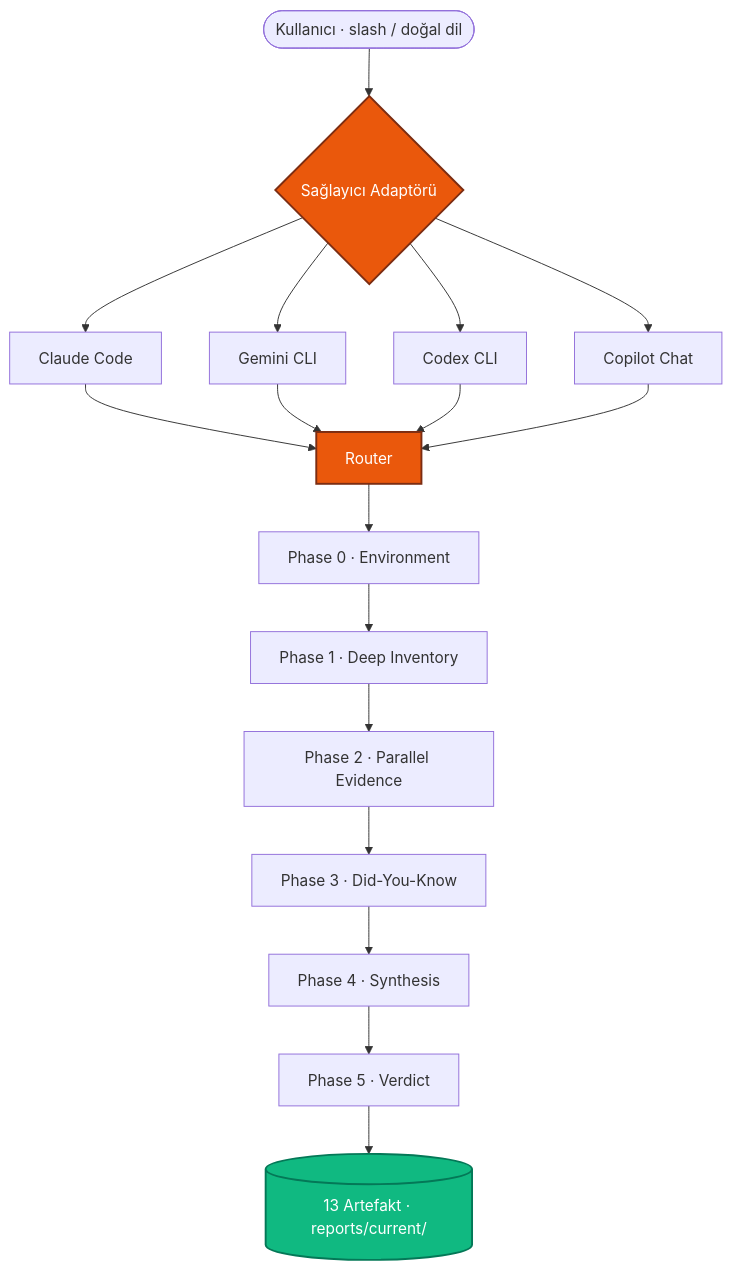
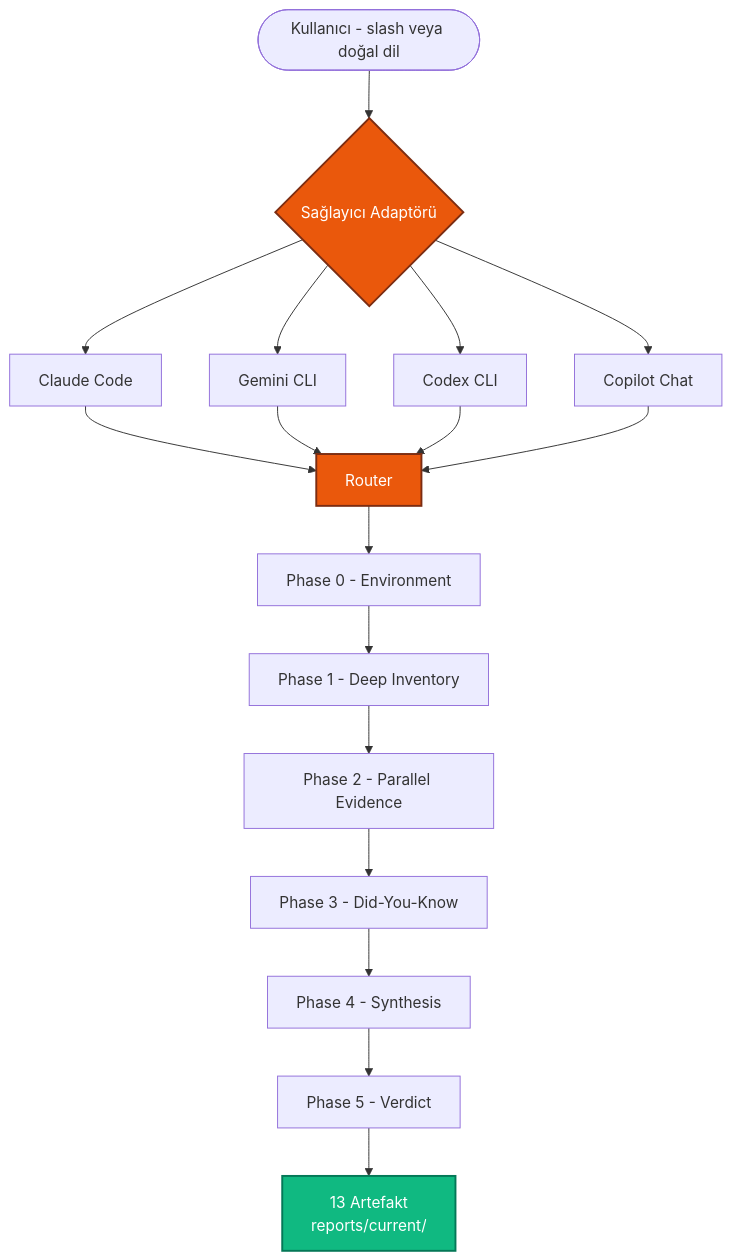
One commit to osrt91/ulak-os changed the diagram in README.md. Above: the diagram before and after it, drawn with Mermaid. The commit also changed other lines of this file and 1 other file, not shown here.

Commit message:
fix(readme): mermaid render bug + TR hardcore residues (#24)
**Mermaid fix (critical — diagram was broken on GitHub):**
User screenshot showed "Unable to render rich display — Cannot read properties of undefined (reading 'render')" on github.com. The TD flowchart crashed GitHub's renderer. Root cause was a combination of:
- `V --> CC[...] & GM[...] & CX[...] & CP[...]` batch edge syntax
- Stadium shape `A[(label)]` containing both `(` and `/`
- Unicode middle-dot `·` inside node labels

Fix:
- Replaced batch `&` edges with explicit one-edge-per-line (8 extra edges, same graph)
- Changed stadium `A[(...)]` → rectangle `A[...]`
- Replaced `·` separator in labels with `-` or `<br/>`
- Labels simplified: "Phase 0 · Environment" → "Phase 0 - Environment"

Graph content unchanged. Reapplied to both README.md and README.en.md.

**TR hardcore polish (reported from second screenshot):**
- "Self-managed VPS + Traefik" → "Kendi yönettiğin VPS + Traefik" (Hosting row, stack table)
- "fork'la, uyarla" → "çatalla, uyarla" (footer license line)
- "Mail atmana gerek yok — fork'la" → "çatalla" (Contribute section intro)

Product/tool names (Traefik, VPS, Vercel, Fly.io, Railway, PR) preserved.

````diff
--- a/README.md
+++ b/README.md
@@ -96,18 +96,24 @@
 ```mermaid
 flowchart TD
-    U([Kullanıcı · slash / doğal dil]) --> V{Sağlayıcı Adaptörü}
-    V --> CC[Claude Code] & GM[Gemini CLI] & CX[Codex CLI] & CP[Copilot Chat]
-    CC & GM & CX & CP --> R[Router]
-    R --> P0[Phase 0 · Environment]
-    P0 --> P1[Phase 1 · Deep Inventory]
-    P1 --> P2[Phase 2 · Parallel Evidence]
-    P2 --> P3[Phase 3 · Did-You-Know]
-    P3 --> P4[Phase 4 · Synthesis]
-    P4 --> P5[Phase 5 · Verdict]
-    P5 --> A[(13 Artefakt · reports/current/)]
+    U([Kullanıcı - slash veya doğal dil]) --> V{Sağlayıcı Adaptörü}
+    V --> CC[Claude Code]
+    V --> GM[Gemini CLI]
+    V --> CX[Codex CLI]
+    V --> CP[Copilot Chat]
+    CC --> R[Router]
+    GM --> R
+    CX --> R
+    CP --> R
+    R --> P0[Phase 0 - Environment]
+    P0 --> P1[Phase 1 - Deep Inventory]
+    P1 --> P2[Phase 2 - Parallel Evidence]
+    P2 --> P3[Phase 3 - Did-You-Know]
+    P3 --> P4[Phase 4 - Synthesis]
+    P4 --> P5[Phase 5 - Verdict]
+    P5 --> A[13 Artefakt<br/>reports/current/]
 
     classDef primary fill:#ea580c,stroke:#7c2d12,color:#fff,stroke-width:2px
     classDef accent fill:#10b981,stroke:#047857,color:#fff,stroke-width:2px
     class V,R primary
     class A accent
 ```
````
